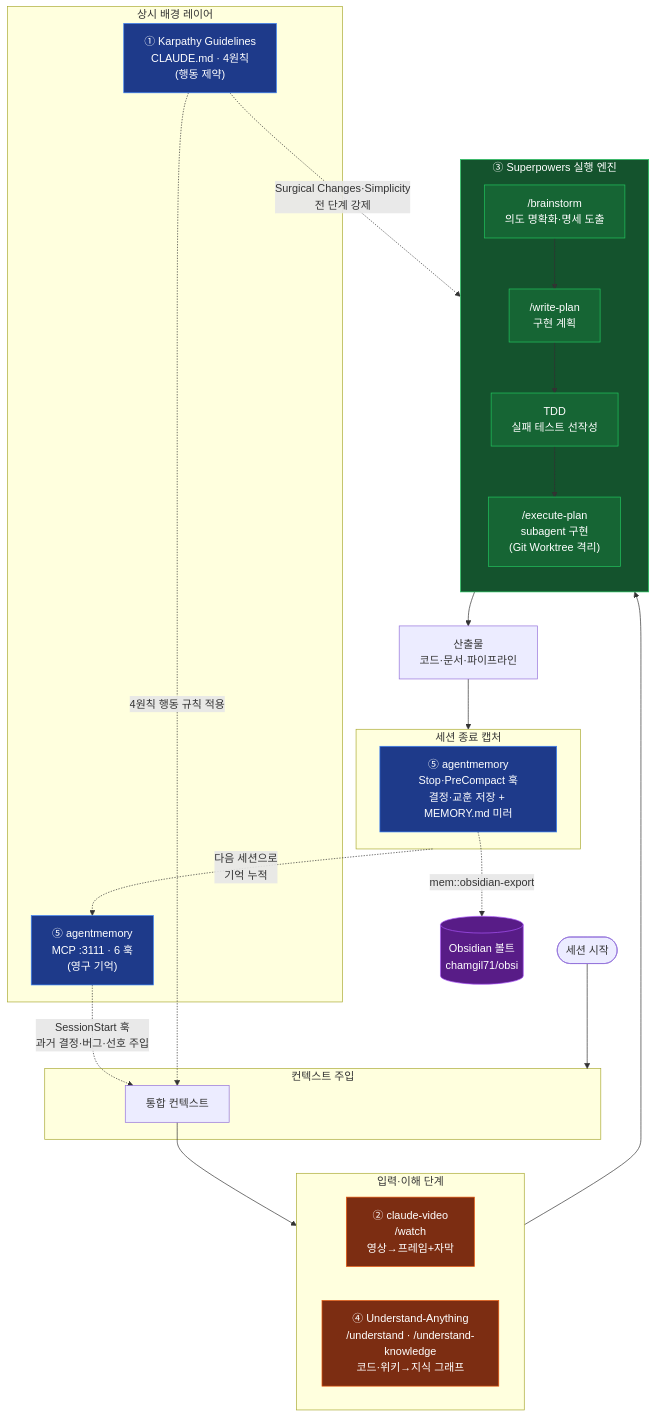
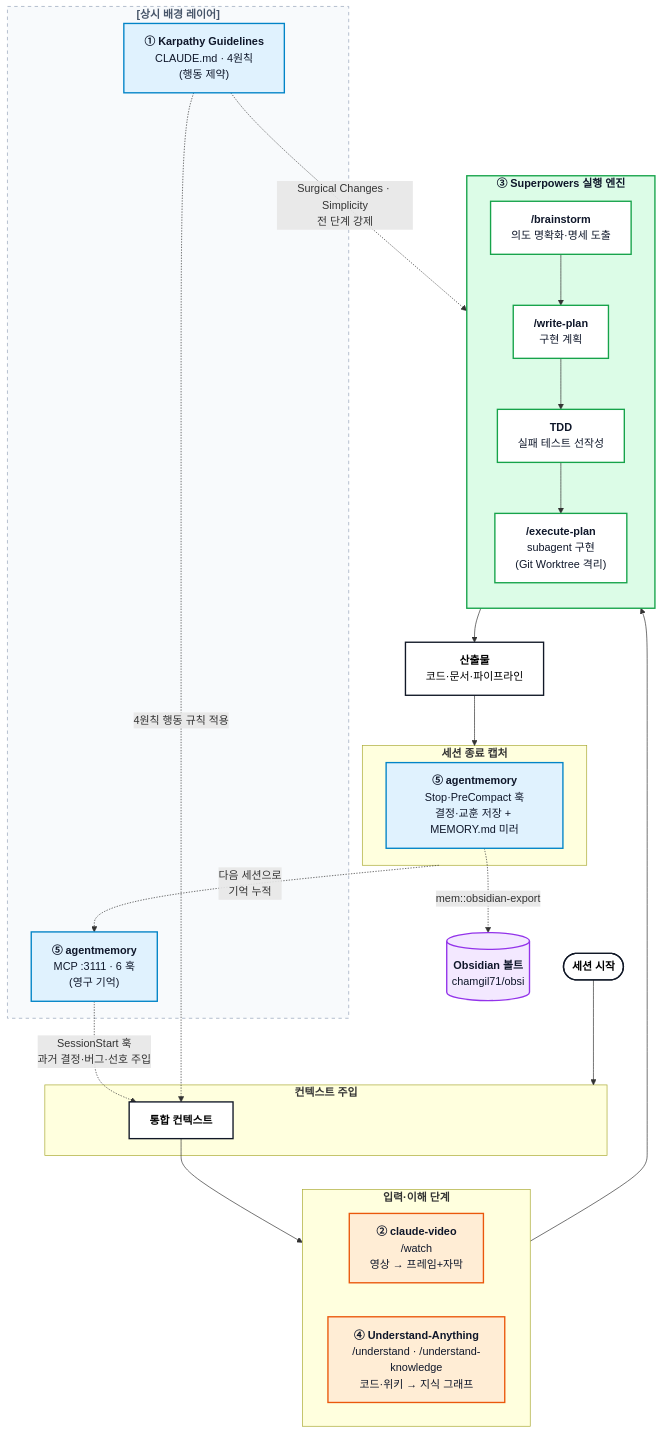
Before and after one commit to chamgil71/mywiki: the diagram in content/note/AI툴/AI 코딩 에이전트 5대 오픈소스 도구 정리.md, drawn with Mermaid. The commit also changed 1 other file, not shown here.

Commit message:
Auto publish from obsi [ee5ce493dd7ed063ae59d1cef4f4309610ef4929]

````diff
--- a/content/note/AI툴/AI 코딩 에이전트 5대 오픈소스 도구 정리.md
+++ b/content/note/AI툴/AI 코딩 에이전트 5대 오픈소스 도구 정리.md
@@ -217,58 +217,121 @@
 ```mermaid
 flowchart TB
-    subgraph BG["상시 배경 레이어"]
-        K["① Karpathy Guidelines<br/>CLAUDE.md · 4원칙<br/>(행동 제약)"]
-        M["⑤ agentmemory<br/>MCP :3111 · 6 훅<br/>(영구 기억)"]
-    end
 
-    START(["세션 시작"]) --> INJECT
+    %% 고대비 라이트 테마 스타일 정의
 
-    subgraph INJECT["컨텍스트 주입"]
-        M -. "SessionStart 훅<br/>과거 결정·버그·선호 주입" .-> CTX["통합 컨텍스트"]
-        K -. "4원칙 행동 규칙 적용" .-> CTX
-    end
+    classDef base fill:#ffffff,stroke:#111827,stroke-width:2px,color:#000000
 
-    CTX --> INPUT
+    classDef memoryNode fill:#e0f2fe,stroke:#0284c7,stroke-width:2px,color:#0f172a
 
-    subgraph INPUT["입력·이해 단계"]
-        direction LR
-        V["② claude-video<br/>/watch<br/>영상→프레임+자막"]
-        U["④ Understand-Anything<br/>/understand · /understand-knowledge<br/>코드·위키→지식 그래프"]
-    end
+    classDef inputNode fill:#ffedd5,stroke:#ea580c,stroke-width:2px,color:#0f172a
 
-    INPUT --> SP
+    classDef engineNode fill:#dcfce7,stroke:#16a34a,stroke-width:2px,color:#0f172a
 
-    subgraph SP["③ Superpowers 실행 엔진"]
-        direction TB
-        B["/brainstorm<br/>의도 명확화·명세 도출"]
-        P["/write-plan<br/>구현 계획"]
-        T["TDD<br/>실패 테스트 선작성"]
-        I["/execute-plan<br/>subagent 구현<br/>(Git Worktree 격리)"]
-        B --> P --> T --> I
-    end
+    classDef engineSubNode fill:#ffffff,stroke:#16a34a,stroke-width:2px,color:#0f172a
 
-    K -. "Surgical Changes·Simplicity<br/>전 단계 강제" .-> SP
+    classDef obsidianNode fill:#f3e8ff,stroke:#9333ea,stroke-width:2px,color:#0f172a
 
-    SP --> OUT["산출물<br/>코드·문서·파이프라인"]
+    classDef bgContainer fill:#f8fafc,stroke:#94a3b8,stroke-width:1px,stroke-dasharray: 5 5,color:#475569
 
-    OUT --> CAPTURE
+  
 
-    subgraph CAPTURE["세션 종료 캡처"]
-        M2["⑤ agentmemory<br/>Stop·PreCompact 훅<br/>결정·교훈 저장 + MEMORY.md 미러"]
-    end
+    subgraph BG["<b>[상시 배경 레이어]</b>"]
 
-    CAPTURE -.->|"다음 세션으로<br/>기억 누적"| M
-    M2 -. "mem::obsidian-export" .-> OBS[("Obsidian 볼트<br/>chamgil71/obsi")]
+        K["<b>① Karpathy Guidelines</b><br/>CLAUDE.md · 4원칙<br/>(행동 제약)"]
 
-    style K fill:#1e3a8a,stroke:#3b82f6,color:#fff
-    style M fill:#1e3a8a,stroke:#3b82f6,color:#fff
-    style M2 fill:#1e3a8a,stroke:#3b82f6,color:#fff
-    style OBS fill:#581c87,stroke:#a855f7,color:#fff
-    style V fill:#7c2d12,stroke:#ea580c,color:#fff
-    style U fill:#7c2d12,stroke:#ea580c,color:#fff
-    style SP fill:#14532d,stroke:#22c55e,color:#fff
-    style B fill:#166534,stroke:#22c55e,color:#fff
-    style P fill:#166534,stroke:#22c55e,color:#fff
-    style T fill:#166534,stroke:#22c55e,color:#fff
-    style I fill:#166534,stroke:#22c55e,color:#fff
+        M["<b>⑤ agentmemory</b><br/>MCP :3111 · 6 훅<br/>(영구 기억)"]
+
+    end
+
+  
+
+    START(["<b>세션 시작</b>"]) --> INJECT
+
+  
+
+    subgraph INJECT["<b>컨텍스트 주입</b>"]
+
+        M -. "SessionStart 훅<br/>과거 결정·버그·선호 주입" .-> CTX["<b>통합 컨텍스트</b>"]
+
+        K -. "4원칙 행동 규칙 적용" .-> CTX
+
+    end
+
+  
+
+    CTX --> INPUT
+
+  
+
+    subgraph INPUT["<b>입력·이해 단계</b>"]
+
+        direction LR
+
+        V["<b>② claude-video</b><br/>/watch<br/>영상 → 프레임+자막"]
+
+        U["<b>④ Understand-Anything</b><br/>/understand · /understand-knowledge<br/>코드·위키 → 지식 그래프"]
+
+    end
+
+  
+
+    INPUT --> SP
+
+  
+
+    subgraph SP["<b>③ Superpowers 실행 엔진</b>"]
+
+        direction TB
+
+        B["<b>/brainstorm</b><br/>의도 명확화·명세 도출"]
+
+        P["<b>/write-plan</b><br/>구현 계획"]
+
+        T["<b>TDD</b><br/>실패 테스트 선작성"]
+
+        I["<b>/execute-plan</b><br/>subagent 구현<br/>(Git Worktree 격리)"]
+
+        B --> P --> T --> I
+
+    end
+
+  
+
+    K -. "Surgical Changes · Simplicity<br/>전 단계 강제" .-> SP
+
+    SP --> OUT["<b>산출물</b><br/>코드·문서·파이프라인"]
+
+    OUT --> CAPTURE
+
+  
+
+    subgraph CAPTURE["<b>세션 종료 캡처</b>"]
+
+        M2["<b>⑤ agentmemory</b><br/>Stop·PreCompact 훅<br/>결정·교훈 저장 + MEMORY.md 미러"]
+
+    end
+
+  
+
+    CAPTURE -.->|"다음 세션으로<br/>기억 누적"| M
+
+    M2 -. "mem::obsidian-export" .-> OBS[("<b>Obsidian 볼트</b><br/>chamgil71/obsi")]
+
+  
+
+    %% 클래스 적용
+
+    class K,M,M2 memoryNode
+
+    class V,U inputNode
+
+    class B,P,T,I engineSubNode
+
+    class SP engineNode
+
+    class OBS obsidianNode
+
+    class START,CTX,OUT base
+
+    class BG bgContainer
 ```
````
